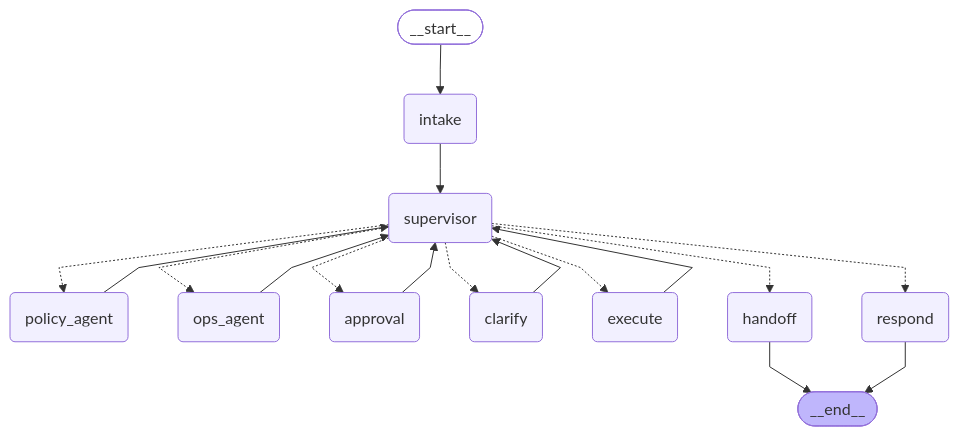
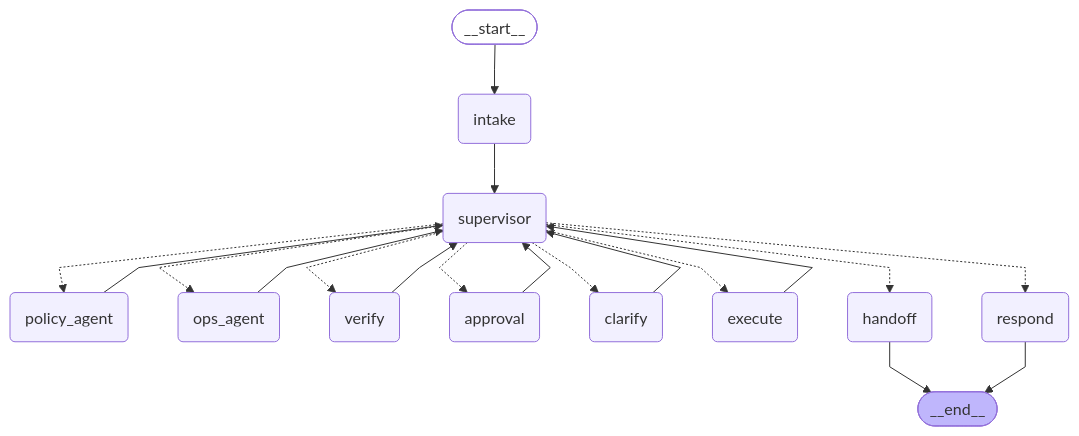
The diagram in docs/graph.md (Zuhdiemara/wakeel), drawn with Mermaid before and after one commit.

Commit message:
Regenerate the graph diagram with the verifier step

````diff
--- a/docs/graph.md
+++ b/docs/graph.md
@@ -6,38 +6,41 @@
 ```mermaid
 ---
 config:
   flowchart:
     curve: linear
 ---
 graph TD;
 	__start__([<p>__start__</p>]):::first
 	intake(intake)
 	supervisor(supervisor)
 	policy_agent(policy_agent)
 	ops_agent(ops_agent)
+	verify(verify)
 	approval(approval)
 	clarify(clarify)
 	execute(execute)
 	handoff(handoff)
 	respond(respond)
 	__end__([<p>__end__</p>]):::last
 	__start__ --> intake;
 	approval --> supervisor;
 	clarify --> supervisor;
 	execute --> supervisor;
 	intake --> supervisor;
 	ops_agent --> supervisor;
 	policy_agent --> supervisor;
 	supervisor -.-> approval;
 	supervisor -.-> clarify;
 	supervisor -.-> execute;
 	supervisor -.-> handoff;
 	supervisor -.-> ops_agent;
 	supervisor -.-> policy_agent;
 	supervisor -.-> respond;
+	supervisor -.-> verify;
+	verify --> supervisor;
 	handoff --> __end__;
 	respond --> __end__;
 	classDef default fill:#f2f0ff,line-height:1.2
 	classDef first fill-opacity:0
 	classDef last fill:#bfb6fc
 ```
````
